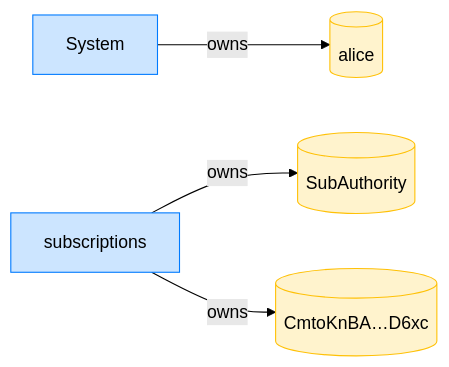
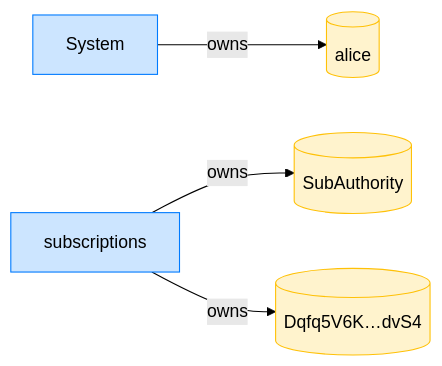
Before and after one commit to cds-rs/subscriptions: the eighth of 8 diagrams in dsl_tests/reject-a-duplicate-delegation-nonce.md, drawn with Mermaid (forest theme). The commit also changed other lines of this file and 224 other files, not shown here.

````diff
--- a/dsl_tests/reject-a-duplicate-delegation-nonce.md
+++ b/dsl_tests/reject-a-duplicate-delegation-nonce.md
@@ -147,13 +155,13 @@
 ```mermaid
 flowchart LR
     classDef owner fill:#cce5ff,stroke:#007bff;
     classDef account fill:#fff3cd,stroke:#ffc107;
     System[System]:::owner
     alice[(alice)]:::account
     subscriptions[subscriptions]:::owner
     SubAuthority[(SubAuthority)]:::account
-    CmtoKnBA_D6xc[("CmtoKnBA…D6xc")]:::account
+    Dqfq5V6K_dvS4[("Dqfq5V6K…dvS4")]:::account
     System -->|owns| alice
     subscriptions -->|owns| SubAuthority
-    subscriptions -->|owns| CmtoKnBA_D6xc
+    subscriptions -->|owns| Dqfq5V6K_dvS4
 ```
````
